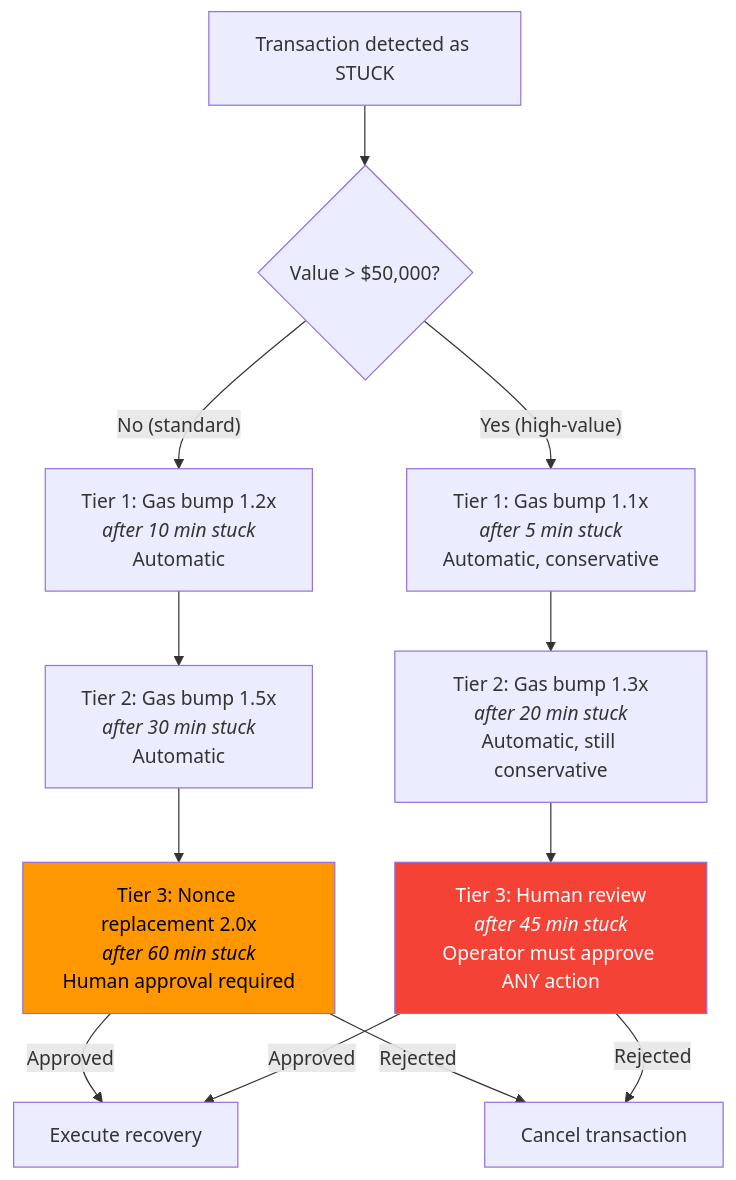
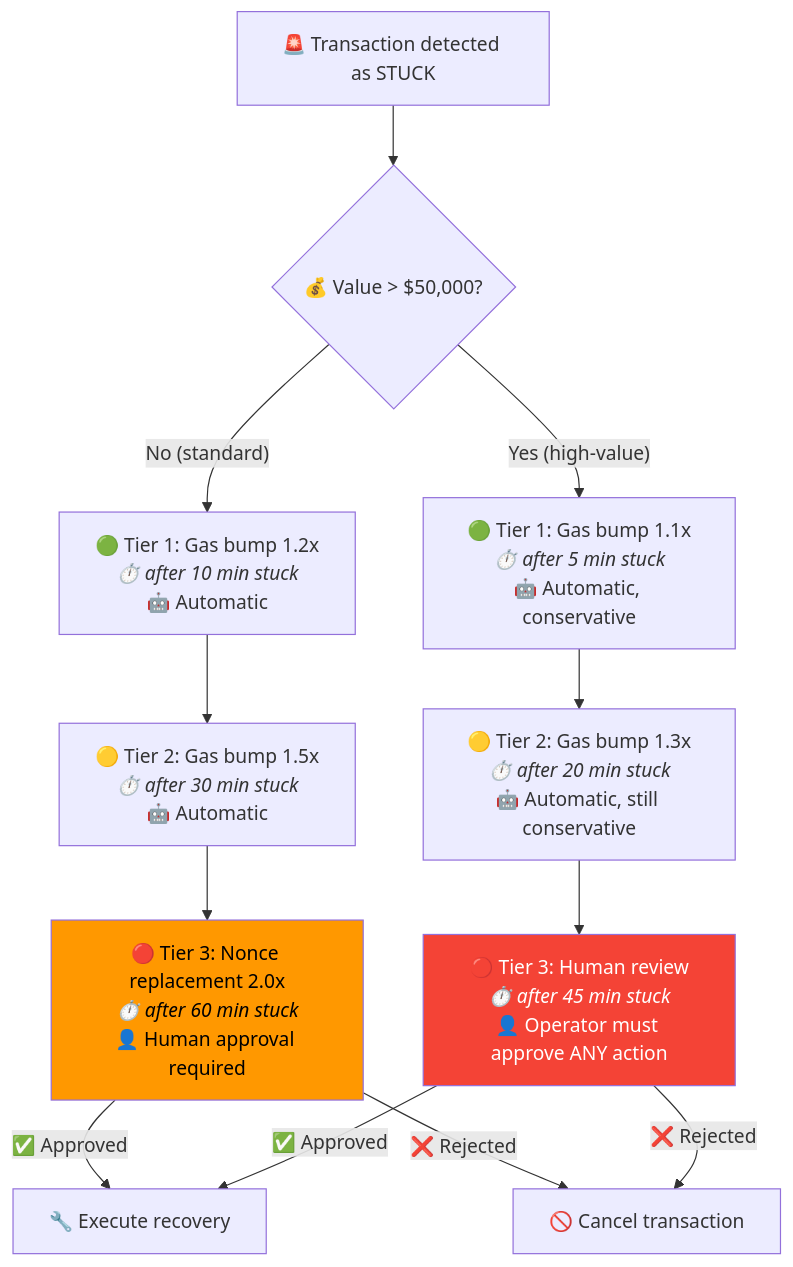
Before and after one commit to Puneethkumarck/stablebridge-tx-recovery: the seventh of 9 diagrams in README.md, drawn with Mermaid. The commit also changed other lines of this file, not shown here.

````diff
--- a/README.md
+++ b/README.md
@@ -415,21 +579,21 @@
 ```mermaid
 flowchart TB
-    STUCK["Transaction detected as STUCK"] --> CHECK{"Value > $50,000?"}
+    STUCK["🚨 Transaction detected as STUCK"] --> CHECK{"💰 Value > $50,000?"}
 
-    CHECK -->|"No (standard)"| T1S["Tier 1: Gas bump 1.2x<br/><i>after 10 min stuck</i><br/>Automatic"]
-    CHECK -->|"Yes (high-value)"| T1H["Tier 1: Gas bump 1.1x<br/><i>after 5 min stuck</i><br/>Automatic, conservative"]
+    CHECK -->|"No (standard)"| T1S["🟢 Tier 1: Gas bump 1.2x<br/><i>⏱️ after 10 min stuck</i><br/>🤖 Automatic"]
+    CHECK -->|"Yes (high-value)"| T1H["🟢 Tier 1: Gas bump 1.1x<br/><i>⏱️ after 5 min stuck</i><br/>🤖 Automatic, conservative"]
 
-    T1S --> T2S["Tier 2: Gas bump 1.5x<br/><i>after 30 min stuck</i><br/>Automatic"]
-    T1H --> T2H["Tier 2: Gas bump 1.3x<br/><i>after 20 min stuck</i><br/>Automatic, still conservative"]
+    T1S --> T2S["🟡 Tier 2: Gas bump 1.5x<br/><i>⏱️ after 30 min stuck</i><br/>🤖 Automatic"]
+    T1H --> T2H["🟡 Tier 2: Gas bump 1.3x<br/><i>⏱️ after 20 min stuck</i><br/>🤖 Automatic, still conservative"]
 
-    T2S --> T3S["Tier 3: Nonce replacement 2.0x<br/><i>after 60 min stuck</i><br/>Human approval required"]
-    T2H --> T3H["Tier 3: Human review<br/><i>after 45 min stuck</i><br/>Operator must approve ANY action"]
+    T2S --> T3S["🔴 Tier 3: Nonce replacement 2.0x<br/><i>⏱️ after 60 min stuck</i><br/>👤 Human approval required"]
+    T2H --> T3H["🔴 Tier 3: Human review<br/><i>⏱️ after 45 min stuck</i><br/>👤 Operator must approve ANY action"]
 
-    T3S --> |"Approved"| RECOVER["Execute recovery"]
-    T3S --> |"Rejected"| CANCEL["Cancel transaction"]
-    T3H --> |"Approved"| RECOVER
-    T3H --> |"Rejected"| CANCEL
+    T3S --> |"✅ Approved"| RECOVER["🔧 Execute recovery"]
+    T3S --> |"❌ Rejected"| CANCEL["🚫 Cancel transaction"]
+    T3H --> |"✅ Approved"| RECOVER
+    T3H --> |"❌ Rejected"| CANCEL
 
     style T3S fill:#ff9800,color:#000
     style T3H fill:#f44336,color:#fff
 ```
````
